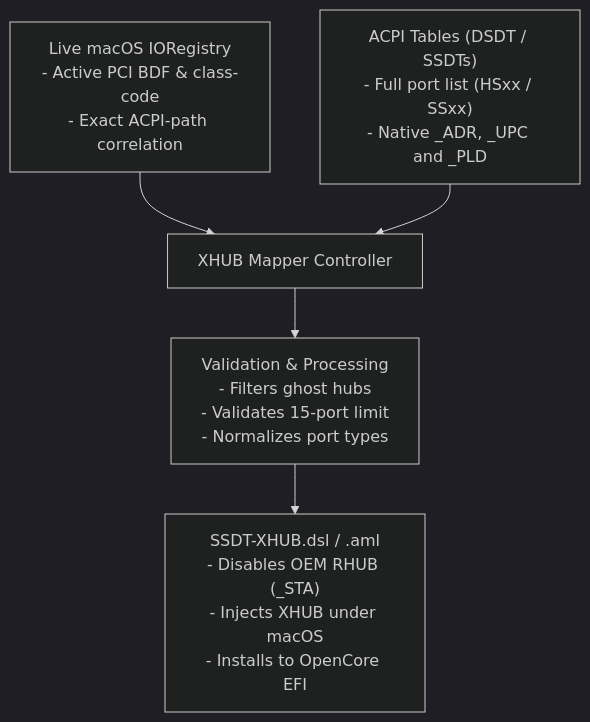
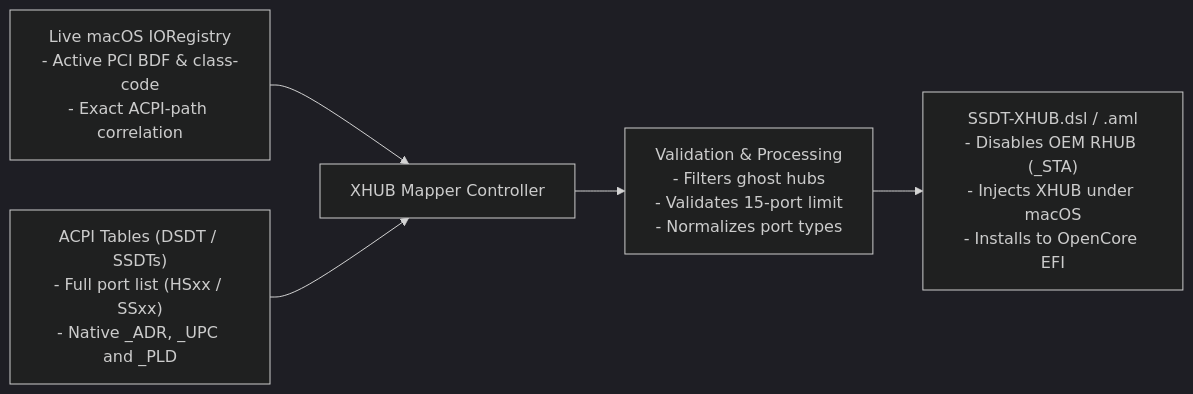
Before and after one commit to 5T33Z0/XHUB-Mapper: the diagram in README.md, drawn with Mermaid (dark theme).

Commit message:
Change flowchart direction from TD to LR

````diff
--- a/README.md
+++ b/README.md
@@ -30,14 +30,12 @@
 ```mermaid
-
-flowchart TD
+flowchart LR
     A["Live macOS IORegistry<br/>- Active PCI BDF & class-code<br/>- Exact ACPI-path correlation"]
     B["ACPI Tables (DSDT / SSDTs)<br/>- Full port list (HSxx / SSxx)<br/>- Native _ADR, _UPC and _PLD"]
 
     A --> C["XHUB Mapper Controller"]
     B --> C
 
     C --> D["Validation & Processing<br/>- Filters ghost hubs<br/>- Validates 15-port limit<br/>- Normalizes port types"]
 
     D --> E["SSDT-XHUB.dsl / .aml<br/>- Disables OEM RHUB (_STA)<br/>- Injects XHUB under macOS<br/>- Installs to OpenCore EFI"]
-
 ```
````
